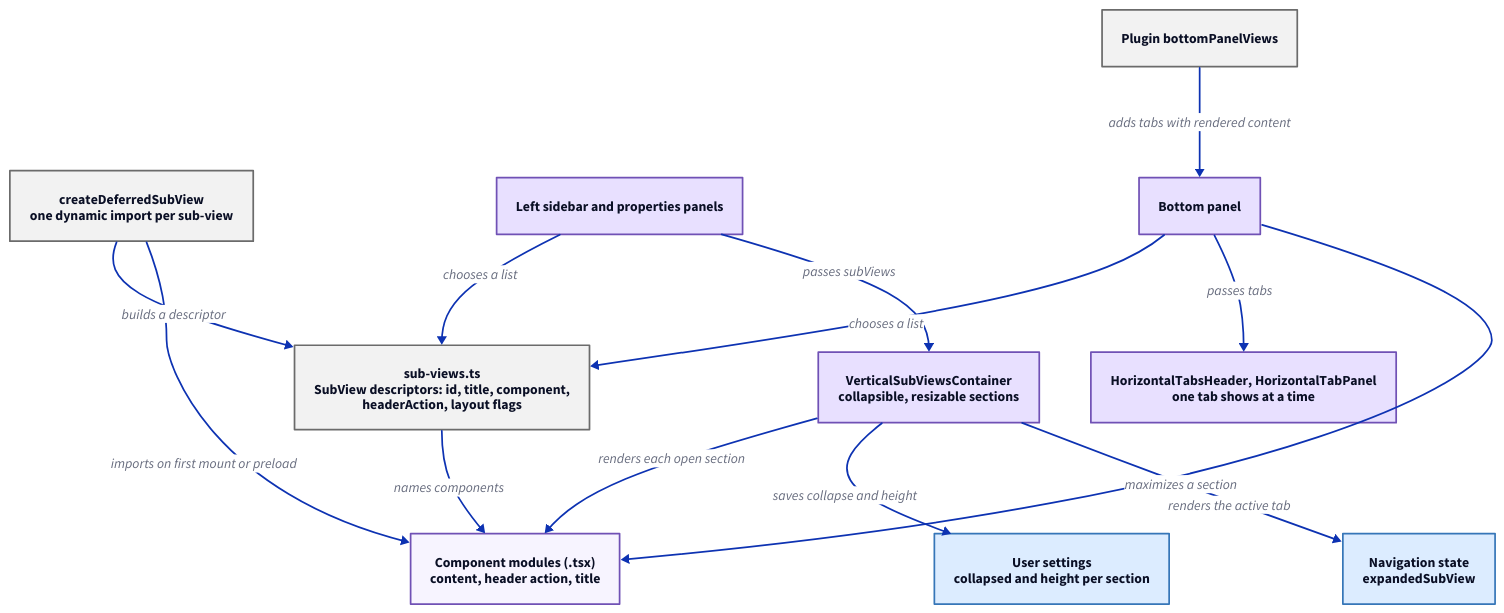
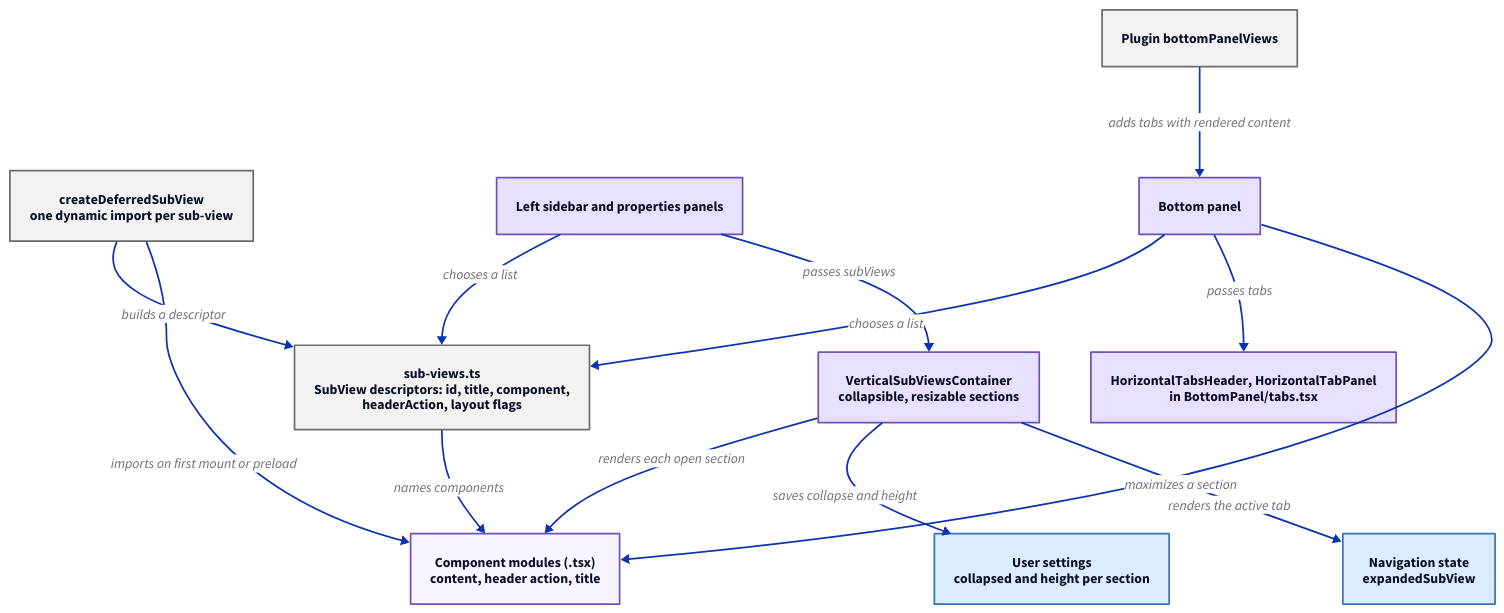
One commit to hashintel/hash changed the diagram in libs/@hashintel/petrinaut/src/ui/components/sub-view/sub-views.d2. Above: the diagram before and after it, drawn with D2. The commit also changed 8 other files, not shown here.

First line of the commit message:
FE-2319: Move the bottom panel's tabs and the editor's resizers beside their one user

```diff
--- a/libs/@hashintel/petrinaut/src/ui/components/sub-view/sub-views.d2
+++ b/libs/@hashintel/petrinaut/src/ui/components/sub-view/sub-views.d2
@@ -1,30 +1,30 @@
 # Hand-written; rendered by the arch-docs build. React components use the
 # purple palette, stores the blue one, plain data the grey one.
 direction: down
 
 descriptors: "sub-views.ts\nSubView descriptors: id, title, component,\nheaderAction, layout flags" {style.fill: "#f2f2f2"; style.stroke: "#6b6b6b"}
 modules: "Component modules (.tsx)\ncontent, header action, title" {style.fill: "#f7f4ff"; style.stroke: "#7051b5"}
 deferred: "createDeferredSubView\none dynamic import per sub-view" {style.fill: "#f2f2f2"; style.stroke: "#6b6b6b"}
 
 side: "Left sidebar and properties panels" {style.fill: "#e8e0ff"; style.stroke: "#7051b5"}
 bottom: "Bottom panel" {style.fill: "#e8e0ff"; style.stroke: "#7051b5"}
 plugin: "Plugin bottomPanelViews" {style.fill: "#f2f2f2"; style.stroke: "#6b6b6b"}
 
 sections: "VerticalSubViewsContainer\ncollapsible, resizable sections" {style.fill: "#e8e0ff"; style.stroke: "#7051b5"}
-tabs: "HorizontalTabsHeader, HorizontalTabPanel\none tab shows at a time" {style.fill: "#e8e0ff"; style.stroke: "#7051b5"}
+tabs: "HorizontalTabsHeader, HorizontalTabPanel\nin BottomPanel/tabs.tsx" {style.fill: "#e8e0ff"; style.stroke: "#7051b5"}
 
 settings: "User settings\ncollapsed and height per section" {style.fill: "#dcecff"; style.stroke: "#3676b8"}
 navigation: "Navigation state\nexpandedSubView" {style.fill: "#dcecff"; style.stroke: "#3676b8"}
 
 descriptors -> modules: "names components"
 deferred -> descriptors: "builds a descriptor"
 deferred -> modules: "imports on first mount or preload"
 side -> descriptors: "chooses a list"
 bottom -> descriptors: "chooses a list"
 plugin -> bottom: "adds tabs with rendered content"
 side -> sections: "passes subViews"
 bottom -> tabs: "passes tabs"
 sections -> modules: "renders each open section"
 bottom -> modules: "renders the active tab"
 sections -> settings: "saves collapse and height"
 sections -> navigation: "maximizes a section"
```
